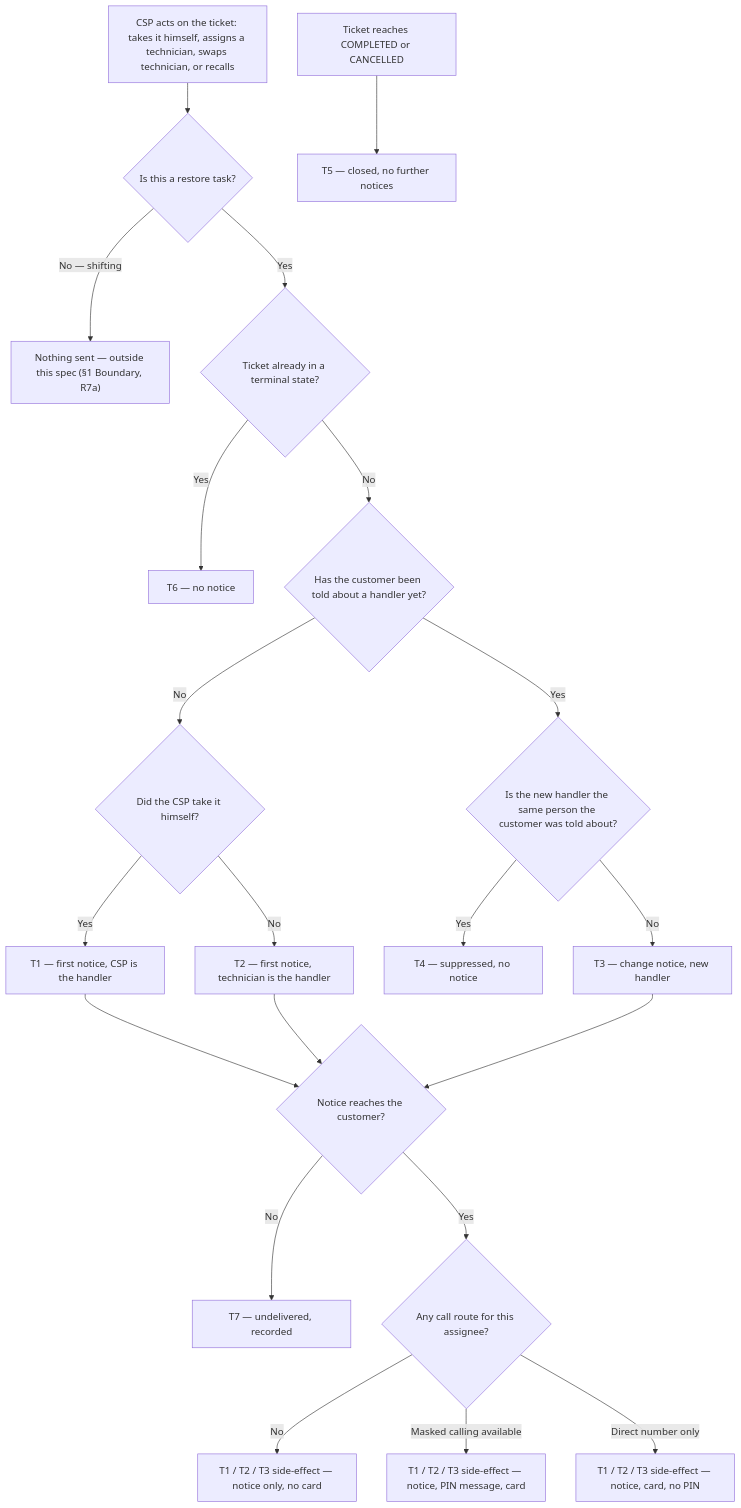
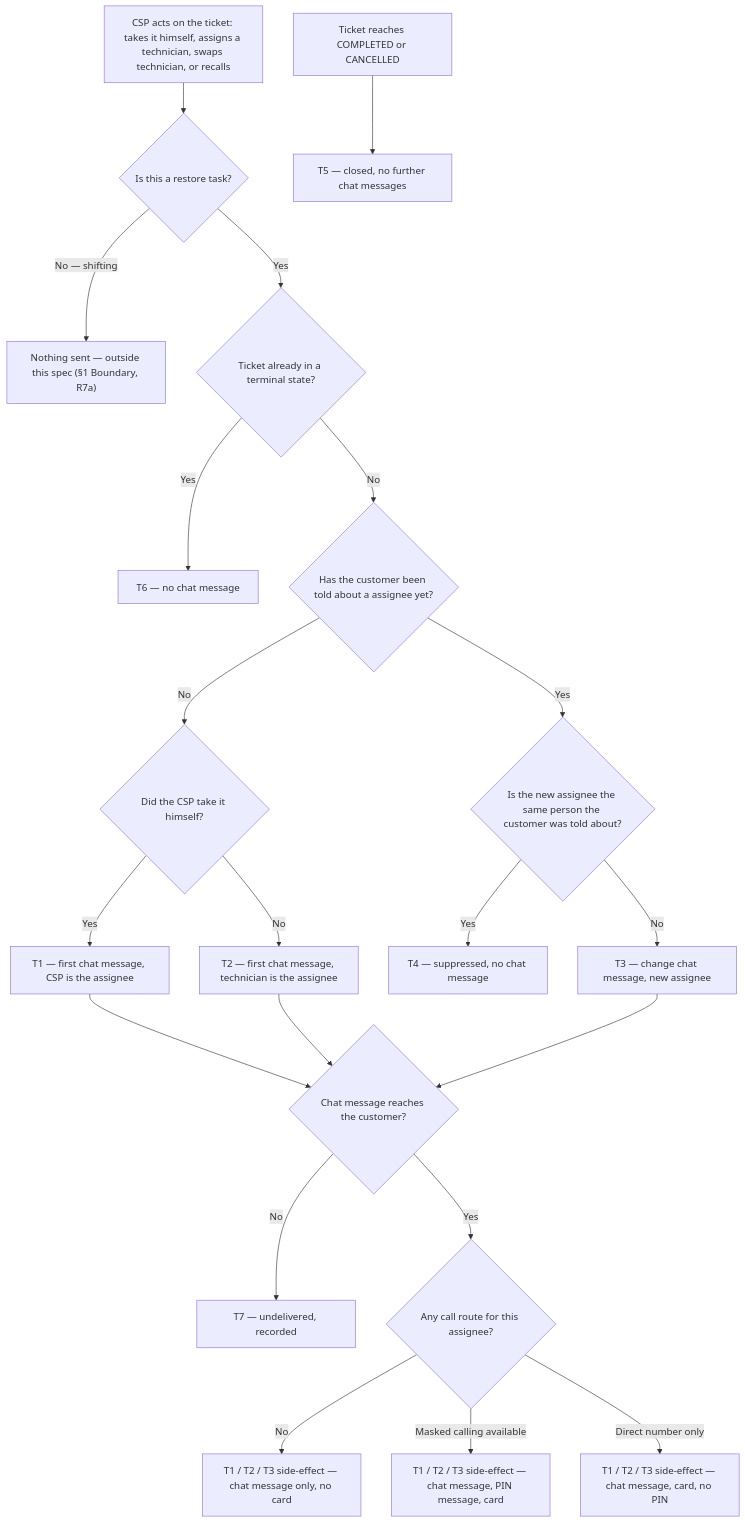
Before and after one commit to ashish-raj-wiom/service-ticket-handler-notice-prd: the diagram in Service_Ticket_Handler_Notice_PRD.md, drawn with Mermaid. The commit also changed other lines of this file and 3 other files, not shown here.

````diff
--- a/Service_Ticket_Handler_Notice_PRD.md
+++ b/Service_Ticket_Handler_Notice_PRD.md
@@ -61,23 +61,23 @@
 ```mermaid
 flowchart TD
     A["CSP acts on the ticket: takes it himself, assigns a technician, swaps technician, or recalls"] --> A2{"Is this a restore task?"}
     A2 -- "No — shifting" --> A3["Nothing sent — outside this spec (§1 Boundary, R7a)"]
     A2 -- "Yes" --> B{"Ticket already in a terminal state?"}
-    B -- "Yes" --> C["T6 — no notice"]
-    B -- "No" --> D{"Has the customer been told about a handler yet?"}
+    B -- "Yes" --> C["T6 — no chat message"]
+    B -- "No" --> D{"Has the customer been told about a assignee yet?"}
     D -- "No" --> D2{"Did the CSP take it himself?"}
-    D2 -- "Yes" --> E["T1 — first notice, CSP is the handler"]
-    D2 -- "No" --> F["T2 — first notice, technician is the handler"]
-    D -- "Yes" --> G{"Is the new handler the same person the customer was told about?"}
-    G -- "Yes" --> H["T4 — suppressed, no notice"]
-    G -- "No" --> I["T3 — change notice, new handler"]
-    J["Ticket reaches COMPLETED or CANCELLED"] --> K["T5 — closed, no further notices"]
-    E --> L{"Notice reaches the customer?"}
+    D2 -- "Yes" --> E["T1 — first chat message, CSP is the assignee"]
+    D2 -- "No" --> F["T2 — first chat message, technician is the assignee"]
+    D -- "Yes" --> G{"Is the new assignee the same person the customer was told about?"}
+    G -- "Yes" --> H["T4 — suppressed, no chat message"]
+    G -- "No" --> I["T3 — change chat message, new assignee"]
+    J["Ticket reaches COMPLETED or CANCELLED"] --> K["T5 — closed, no further chat messages"]
+    E --> L{"Chat message reaches the customer?"}
     F --> L
     I --> L
     L -- "No" --> M["T7 — undelivered, recorded"]
     L -- "Yes" --> O{"Any call route for this assignee?"}
-    O -- "No" --> P["T1 / T2 / T3 side-effect — notice only, no card"]
-    O -- "Masked calling available" --> Q["T1 / T2 / T3 side-effect — notice, PIN message, card"]
-    O -- "Direct number only" --> R["T1 / T2 / T3 side-effect — notice, card, no PIN"]
+    O -- "No" --> P["T1 / T2 / T3 side-effect — chat message only, no card"]
+    O -- "Masked calling available" --> Q["T1 / T2 / T3 side-effect — chat message, PIN message, card"]
+    O -- "Direct number only" --> R["T1 / T2 / T3 side-effect — chat message, card, no PIN"]
 ```
````
